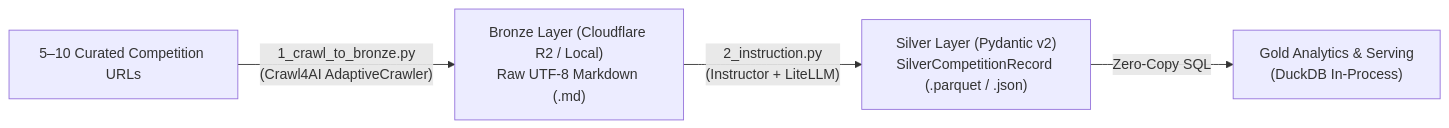
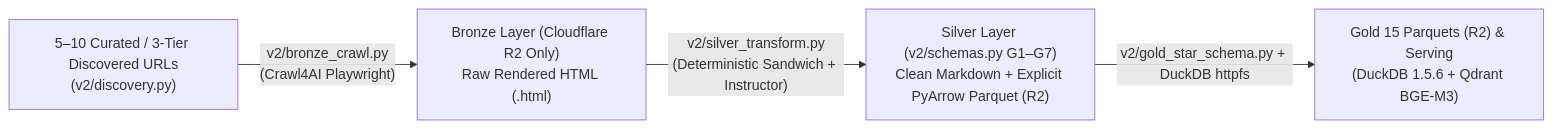
Before and after one commit to darktheDE/acdp-platform: the diagram in docs/specs/0002-data-ingestion-and-schema-spec.md, drawn with Mermaid. The commit also changed other lines of this file and 31 other files, not shown here.

````diff
--- a/docs/specs/0002-data-ingestion-and-schema-spec.md
+++ b/docs/specs/0002-data-ingestion-and-schema-spec.md
@@ -26,6 +26,6 @@
 ```mermaid
 flowchart LR
-    A["5–10 Curated Competition URLs"] -->|"1_crawl_to_bronze.py<br>(Crawl4AI AdaptiveCrawler)"| B["Bronze Layer (Cloudflare R2 / Local)<br>Raw UTF-8 Markdown (.md)"]
-    B -->|"2_instruction.py<br>(Instructor + LiteLLM)"| C["Silver Layer (Pydantic v2)<br>SilverCompetitionRecord (.parquet / .json)"]
-    C -->|"Zero-Copy SQL"| D["Gold Analytics & Serving<br>(DuckDB In-Process)"]
+    A["5–10 Curated / 3-Tier Discovered URLs<br>(v2/discovery.py)"] -->|"v2/bronze_crawl.py<br>(Crawl4AI Playwright)"| B["Bronze Layer (Cloudflare R2 Only)<br>Raw Rendered HTML (.html)"]
+    B -->|"v2/silver_transform.py<br>(Deterministic Sandwich + Instructor)"| C["Silver Layer (v2/schemas.py G1–G7)<br>Clean Markdown + Explicit PyArrow Parquet (R2)"]
+    C -->|"v2/gold_star_schema.py + DuckDB httpfs"| D["Gold 15 Parquets (R2) & Serving<br>(DuckDB 1.5.6 + Qdrant BGE-M3)"]
 ```
````
